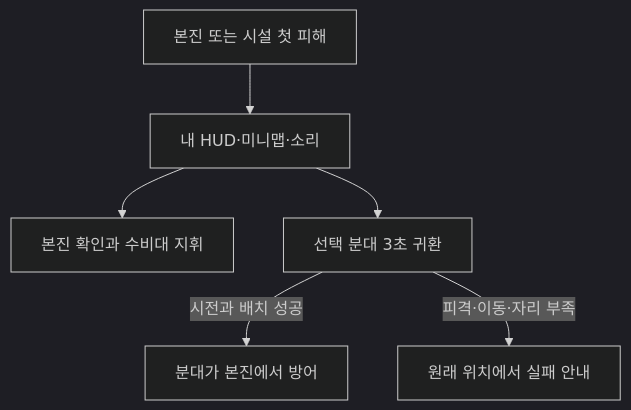
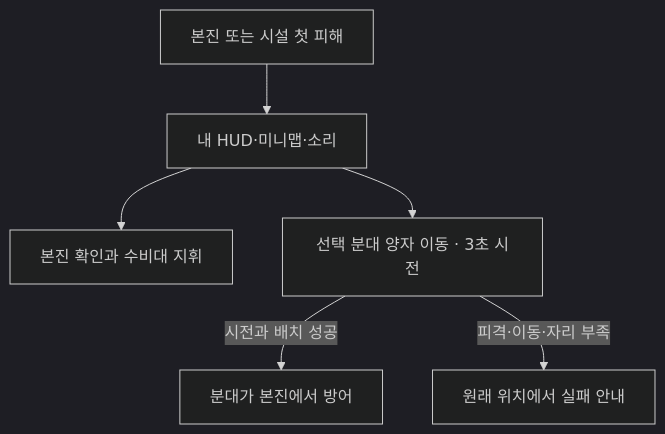
One commit to peace03/Elemental-Legion changed the diagram in Docs/기획서/2026-11-06-main-world-improvement.md. Above: the diagram before and after it, drawn with Mermaid (dark theme). The commit also changed other lines of this file and 3 other files, not shown here.

````diff
--- a/Docs/기획서/2026-11-06-main-world-improvement.md
+++ b/Docs/기획서/2026-11-06-main-world-improvement.md
@@ -41,10 +49,10 @@
 ```mermaid
 flowchart TD
     accTitle: 본진 피격을 알았을 때 방어자가 할 수 있는 일
-    accDescr: 본진이나 시설 첫 피격에 소유자 경보가 뜬다. 방어자는 수비대를 옮기거나 한 분대에 귀환을 시전한다. 공격자는 외곽 시설을 계속 압박하거나 귀환을 방해할 수 있다.
+    accDescr: 본진이나 시설 첫 피격에 소유자 경보가 뜬다. 방어자는 수비대를 옮기거나 한 분대에 양자 이동을 시전한다. 공격자는 외곽 시설을 계속 압박하거나 시전을 방해할 수 있다.
     A["본진 또는 시설 첫 피해"] --> B["내 HUD·미니맵·소리"]
     B --> C["본진 확인과 수비대 지휘"]
-    B --> D["선택 분대 3초 귀환"]
+    B --> D["선택 분대 양자 이동 · 3초 시전"]
     D -->|시전과 배치 성공| E["분대가 본진에서 방어"]
     D -->|피격·이동·자리 부족| F["원래 위치에서 실패 안내"]
 ```
````
